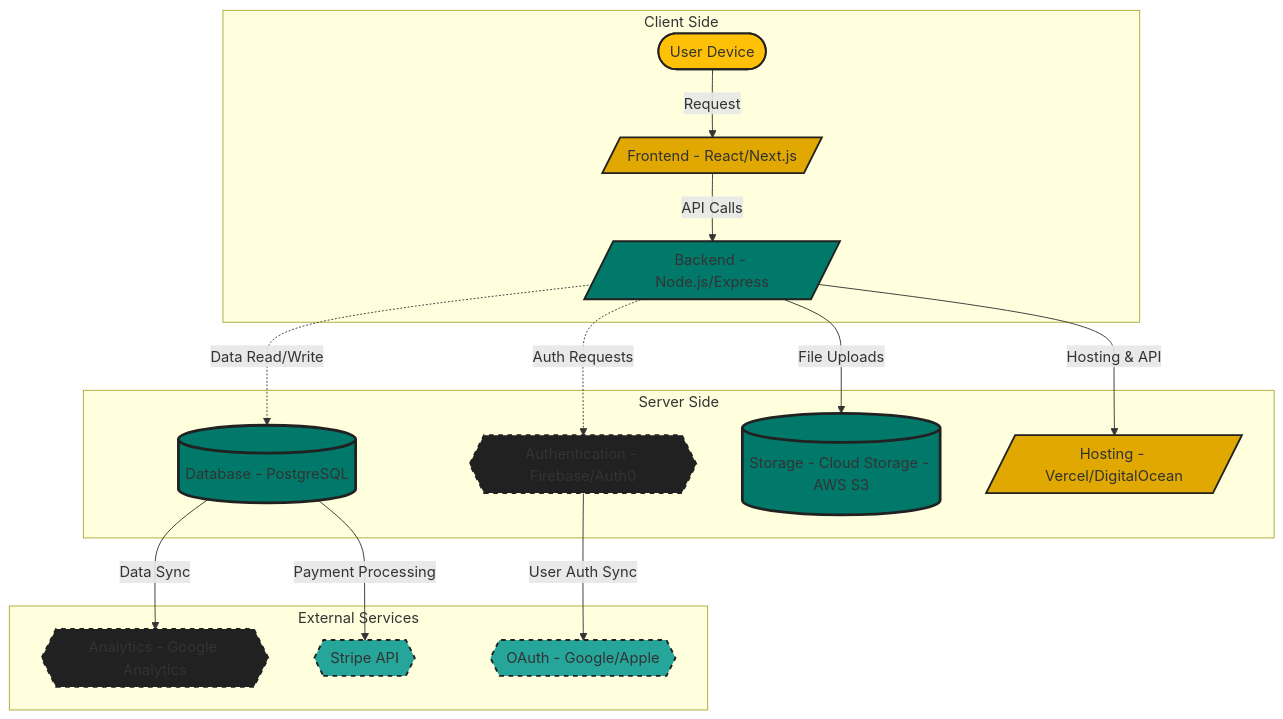
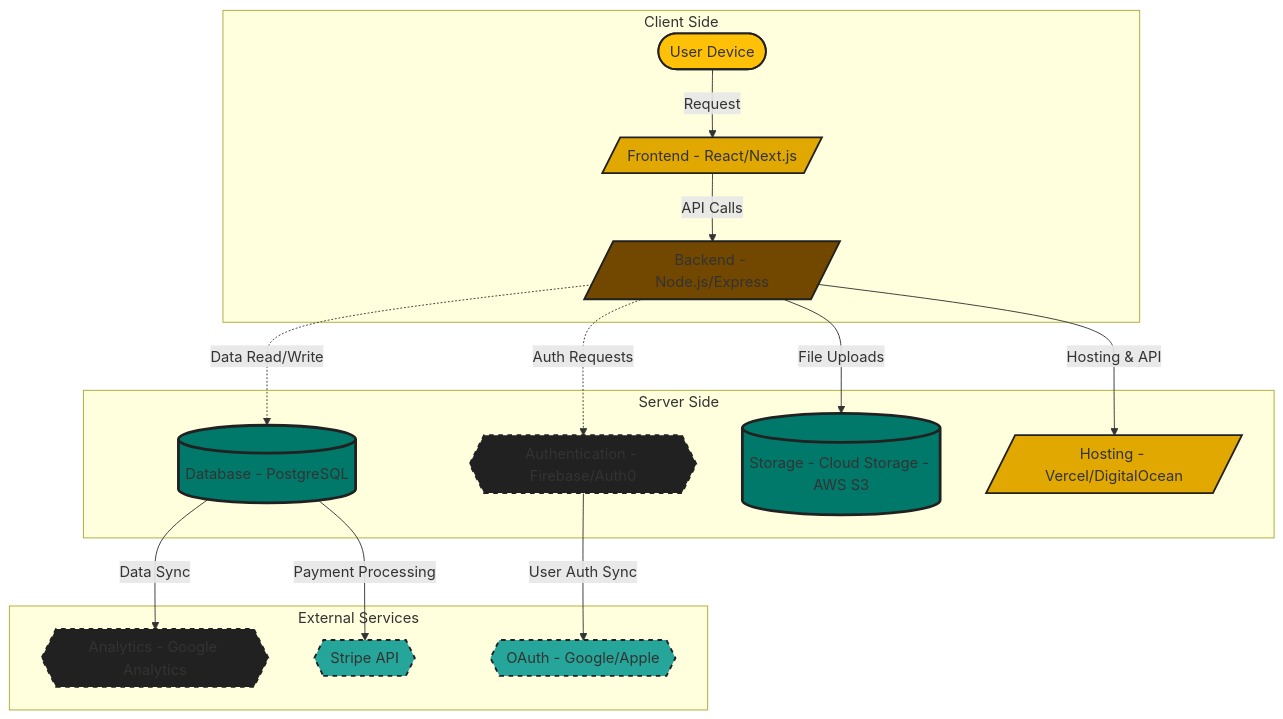
One commit to bennetthamilton/stingr changed the diagram in docs/mlp/block-diagram.md. Above: the diagram before and after it, drawn with Mermaid.

Commit message:
Update block-diagram.md to change block color from charcoal to brown

````diff
--- a/docs/mlp/block-diagram.md
+++ b/docs/mlp/block-diagram.md
@@ -1,31 +1,31 @@
 ```mermaid
 graph TD;
     subgraph Client Side
         A1([User Device]) -->|Request| B[/Frontend - React/Next.js/]
         B -->|API Calls| C[/Backend - Node.js/Express/]
     end
 
     subgraph Server Side
         C -.->|Auth Requests| D{{Authentication - Firebase/Auth0}}
         C -.->|Data Read/Write| E[(Database - PostgreSQL)]
         C -->|File Uploads| F[(Storage - Cloud Storage - AWS S3)]
         C -->|Hosting & API| G[/Hosting - Vercel/DigitalOcean/]
     end
 
     subgraph External Services
         E -->|Data Sync| H{{Analytics - Google Analytics}}
         E -->|Payment Processing| I{{Stripe API}}
         D -->|User Auth Sync| J{{OAuth - Google/Apple}}
     end
 
     style A1 fill:#FFC107,stroke:#212121,stroke-width:2px;
     style B fill:#E0A800,stroke:#212121,stroke-width:2px;
-    style C fill:#00796B,stroke:#212121,stroke-width:2px;
+    style C fill:#724800,stroke:#212121,stroke-width:2px;
     style D fill:#212121,stroke:#212121,stroke-width:2px,stroke-dasharray:5 5;
     style E fill:#00796B,stroke:#212121,stroke-width:3px;
     style F fill:#00796B,stroke:#212121,stroke-width:3px;
     style G fill:#E0A800,stroke:#212121,stroke-width:2px;
     style H fill:#212121,stroke:#212121,stroke-width:2px,stroke-dasharray:5 5;
     style I fill:#26A69A,stroke:#212121,stroke-width:2px,stroke-dasharray:5 5;
     style J fill:#26A69A,stroke:#212121,stroke-width:2px,stroke-dasharray:5 5;
 ```
````
